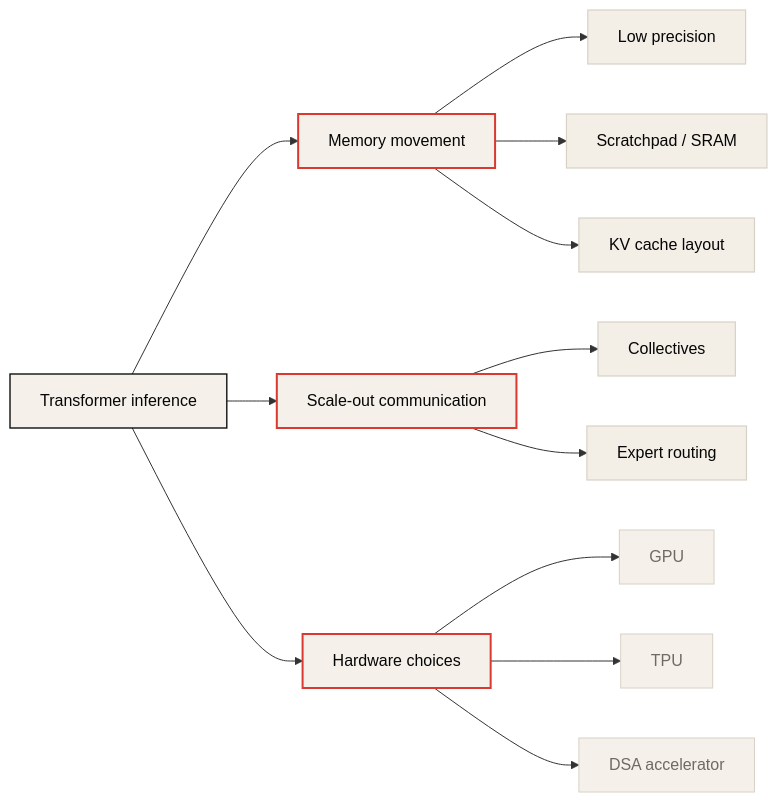
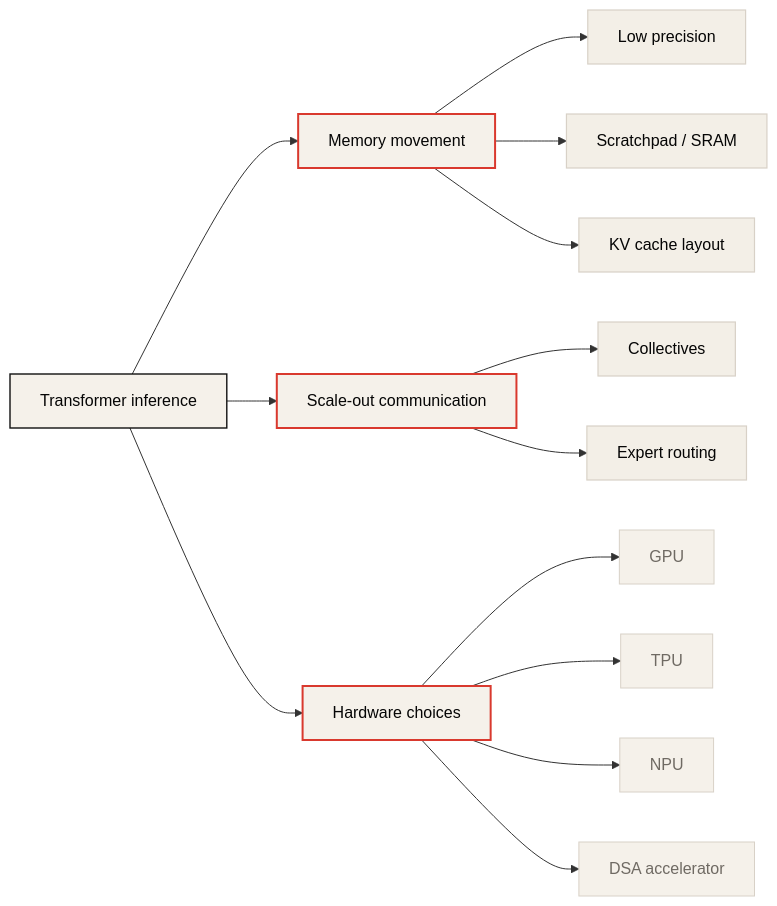
One commit to ziwon/ai-data-center-network changed the diagram in efficient-llm-inference-systems/appendix/hardware-architectures/README.md. Above: the diagram before and after it, drawn with Mermaid. The commit also changed other lines of this file and 1 other file, not shown here.

Commit message:
docs(hardware-architectures): add npu notes

````diff
--- a/efficient-llm-inference-systems/appendix/hardware-architectures/README.md
+++ b/efficient-llm-inference-systems/appendix/hardware-architectures/README.md
@@ -26,23 +28,24 @@
 ```mermaid
 flowchart LR
     A[Transformer inference] --> B[Memory movement]
     B --> C[Low precision]
     B --> D[Scratchpad / SRAM]
     B --> E[KV cache layout]
     A --> F[Scale-out communication]
     F --> G[Collectives]
     F --> H[Expert routing]
     A --> I[Hardware choices]
     I --> J[GPU]
     I --> K[TPU]
-    I --> L[DSA accelerator]
+    I --> L[NPU]
+    I --> M[DSA accelerator]
 
     classDef primary fill:#F5F1EA,stroke:#111111,stroke-width:1.4px,color:#050505
     classDef secondary fill:#F3EFE7,stroke:#D8D1C7,stroke-width:1.2px,color:#050505
     classDef note fill:#F5F1EA,stroke:#D8D1C7,stroke-width:1px,color:#6F6A63
     classDef accent fill:#F5F1EA,stroke:#D9392E,stroke-width:2px,color:#050505
     class A primary
     class B,F,I accent
     class C,D,E,G,H secondary
-    class J,K,L note
+    class J,K,L,M note
 ```
````
